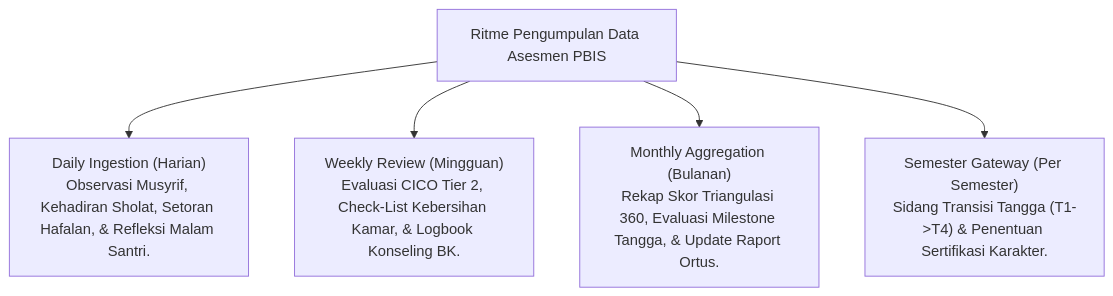
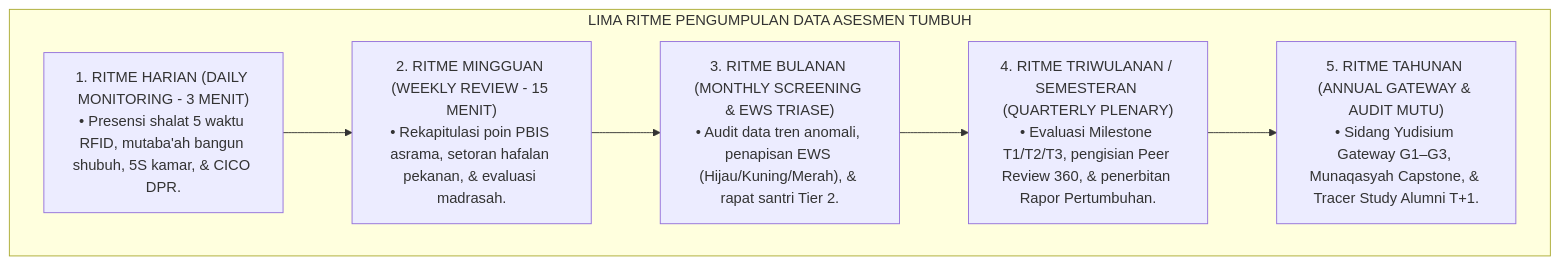
One commit to wandiapriliyandi/tumbuh changed the sixth of 6 diagrams in 05 Assessment Framework/02 Assessment Architecture/P5-02-03-Jadwal-dan-Frekuensi-Pengumpulan-Data-PBIS.md. Above: the diagram before and after it, drawn with Mermaid. The commit also changed other lines of this file and 6 other files, not shown here.

Commit message:
docs(05-assessment): complete all 7 research monographs for 02 Assessment Architecture

````diff
--- a/05 Assessment Framework/02 Assessment Architecture/P5-02-03-Jadwal-dan-Frekuensi-Pengumpulan-Data-PBIS.md
+++ b/05 Assessment Framework/02 Assessment Architecture/P5-02-03-Jadwal-dan-Frekuensi-Pengumpulan-Data-PBIS.md
@@ -12,8 +163,16 @@
 ```mermaid
-graph TD
-    Cadence["Ritme Pengumpulan Data Asesmen PBIS"]
-    Cadence --> Daily["Daily Ingestion (Harian)<br/>Observasi Musyrif, Kehadiran Sholat, Setoran Hafalan, & Refleksi Malam Santri."]
-    Cadence --> Weekly["Weekly Review (Mingguan)<br/>Evaluasi CICO Tier 2, Check-List Kebersihan Kamar, & Logbook Konseling BK."]
-    Cadence --> Monthly["Monthly Aggregation (Bulanan)<br/>Rekap Skor Triangulasi 360, Evaluasi Milestone Tangga, & Update Raport Ortus."]
-    Cadence --> Semester["Semester Gateway (Per Semester)<br/>Sidang Transisi Tangga (T1->T4) & Penentuan Sertifikasi Karakter."]
+flowchart TD
+    subgraph LimaRitmePengumpulanData["LIMA RITME PENGUMPULAN DATA ASESMEN TUMBUH"]
+        R1["1. RITME HARIAN (DAILY MONITORING - 3 MENIT)<br/>• Presensi shalat 5 waktu RFID, mutaba'ah bangun shubuh, 5S kamar, & CICO DPR."]
+        
+        R2["2. RITME MINGGUAN (WEEKLY REVIEW - 15 MENIT)<br/>• Rekapitulasi poin PBIS asrama, setoran hafalan pekanan, & evaluasi madrasah."]
+        
+        R3["3. RITME BULANAN (MONTHLY SCREENING & EWS TRIASE)<br/>• Audit data tren anomali, penapisan EWS (Hijau/Kuning/Merah), & rapat santri Tier 2."]
+        
+        R4["4. RITME TRIWULANAN / SEMESTERAN (QUARTERLY PLENARY)<br/>• Evaluasi Milestone T1/T2/T3, pengisian Peer Review 360, & penerbitan Rapor Pertumbuhan."]
+        
+        R5["5. RITME TAHUNAN (ANNUAL GATEWAY & AUDIT MUTU)<br/>• Sidang Yudisium Gateway G1–G3, Munaqasyah Capstone, & Tracer Study Alumni T+1."]
+        
+        R1 --> R2 --> R3 --> R4 --> R5
+    end
 ```
````
